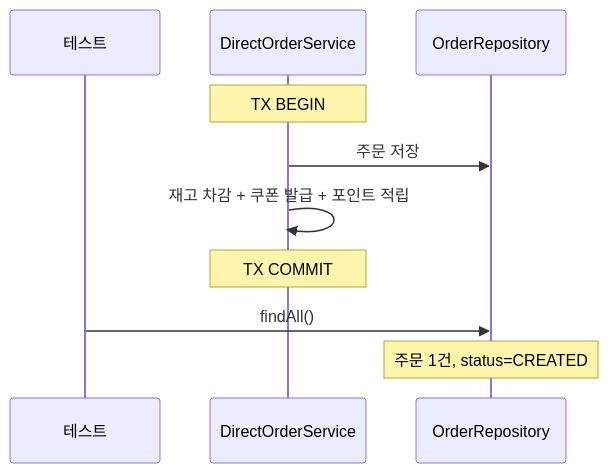
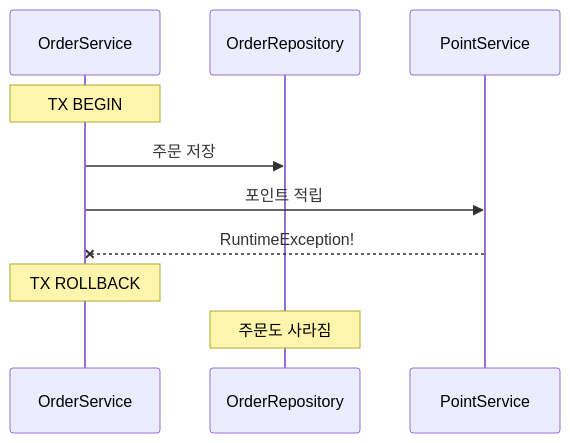
The first of 3 diagrams in src/test/java/com/example/messaging/step1_application_event/README.md (katiekim17/messaging-lab), drawn with Mermaid before and after one commit. The commit also changed other lines of this file, not shown here.

````diff
--- a/src/test/java/com/example/messaging/step1_application_event/README.md
+++ b/src/test/java/com/example/messaging/step1_application_event/README.md
@@ -50,14 +40,14 @@
 ```mermaid
 sequenceDiagram
-    participant Test as 테스트
-    participant OS as DirectOrderService
+    participant OS as OrderService
     participant DB as OrderRepository
+    participant PS as PointService
 
     Note over OS: TX BEGIN
     OS->>DB: 주문 저장
-    OS->>OS: 재고 차감 + 쿠폰 발급 + 포인트 적립
-    Note over OS: TX COMMIT
+    OS->>PS: 포인트 적립
+    PS--xOS: RuntimeException!
 
-    Test->>DB: findAll()
-    Note over DB: 주문 1건, status=CREATED
+    Note over OS: TX ROLLBACK
+    Note over DB: 주문도 사라짐
 ```
````
